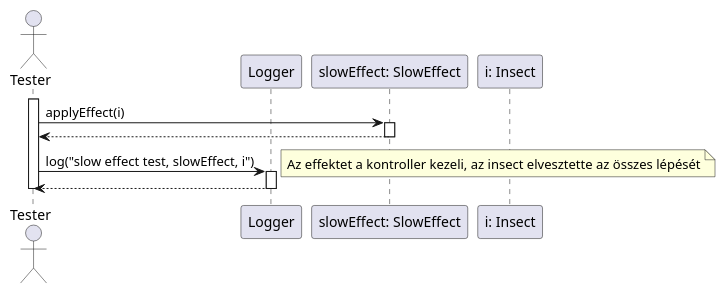
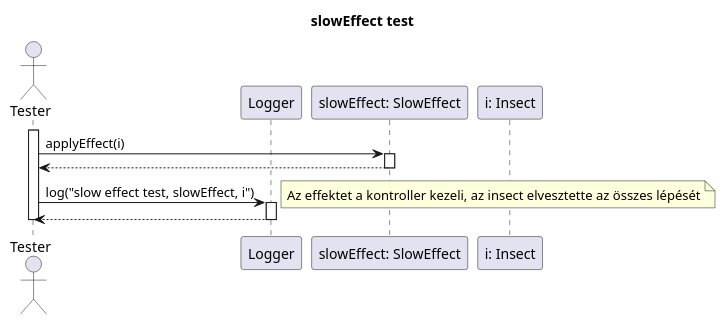
The diagram in diagrams/test-sequence/slowEffect.plantuml (dzsem/projlab), drawn with PlantUML before and after one commit. The commit also changed 2 other files, not shown here.

```diff
--- a/diagrams/test-sequence/slowEffect.plantuml
+++ b/diagrams/test-sequence/slowEffect.plantuml
@@ -1,26 +1,29 @@
 @startuml slowEffect
+
+title slowEffect test
+
 
 actor Tester as tester
 
 participant "Logger" as logger
 participant "slowEffect: SlowEffect" as slow
 participant "i: Insect" as insect
 
 activate tester
 
 tester -> slow: applyEffect(i)
 activate slow
 
 slow --> tester
 deactivate slow
 
 tester -> logger: log("slow effect test, slowEffect, i")
 note right: Az effektet a kontroller kezeli, az insect elvesztette az összes lépését
 activate logger
 
 logger--> tester
 deactivate logger
 
 deactivate tester
 
 @enduml
```
